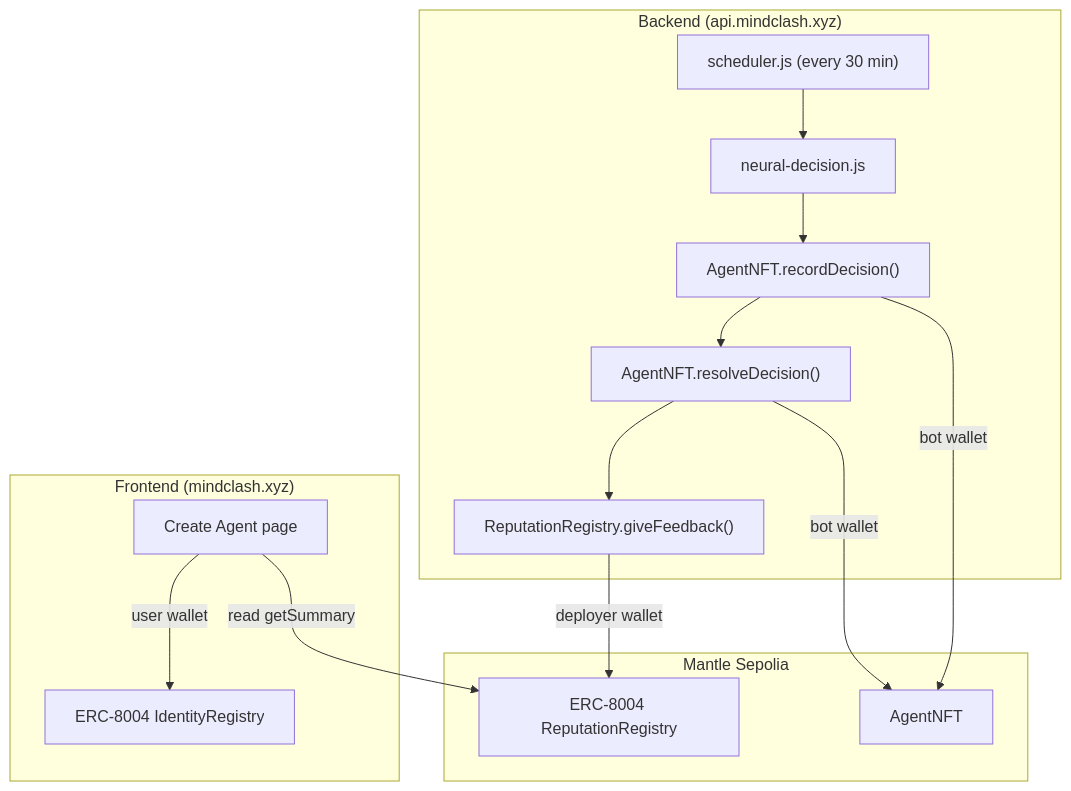
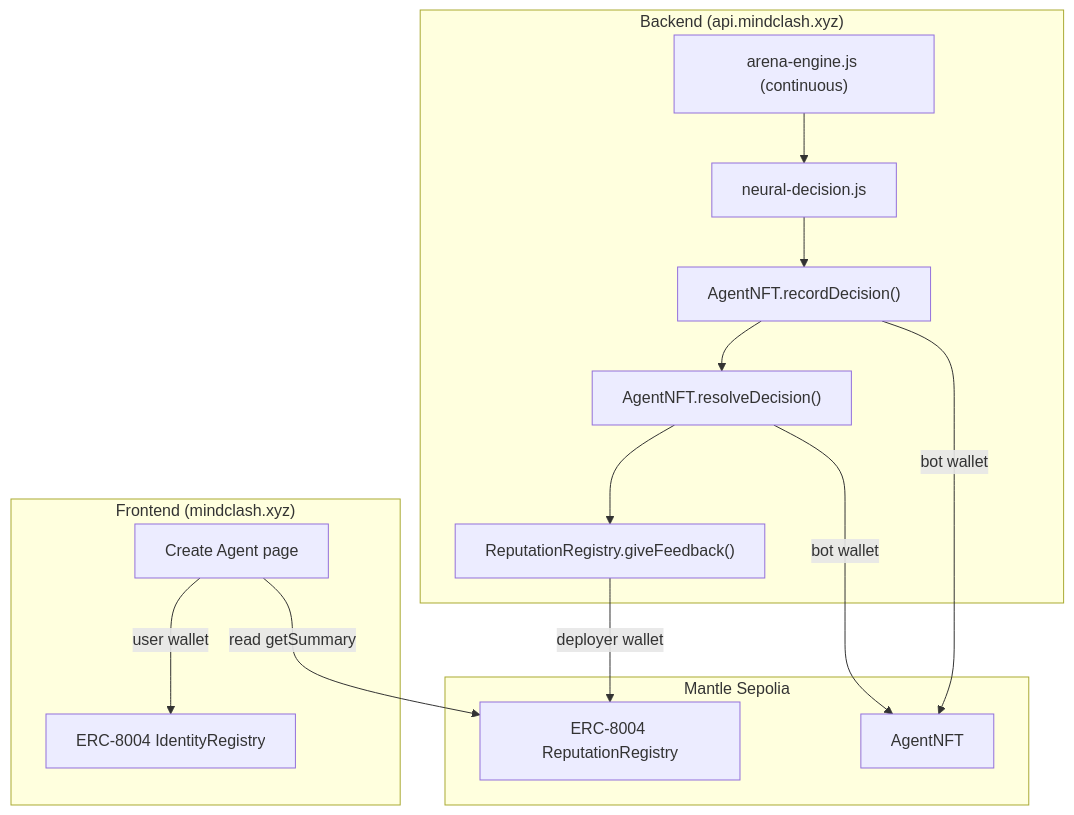
One commit to Columb85/mindclash changed the diagram in README.md. Above: the diagram before and after it, drawn with Mermaid. The commit also changed 5 other files, not shown here.

````diff
--- a/README.md
+++ b/README.md
@@ -77,20 +77,20 @@
 ```mermaid
 flowchart TD
     subgraph backend ["Backend (api.mindclash.xyz)"]
-        S["scheduler.js (every 30 min)"] --> ND[neural-decision.js]
+        AE["arena-engine.js (continuous)"] --> ND[neural-decision.js]
         ND --> REC["AgentNFT.recordDecision()"]
         REC --> RES["AgentNFT.resolveDecision()"]
         RES --> REP["ReputationRegistry.giveFeedback()"]
     end
 
     subgraph chain ["Mantle Sepolia"]
         REC -->|"bot wallet"| NFT["AgentNFT"]
         RES -->|"bot wallet"| NFT
         REP -->|"deployer wallet"| REPR["ERC-8004 ReputationRegistry"]
     end
 
     subgraph front ["Frontend (mindclash.xyz)"]
         CA["Create Agent page"] -->|"user wallet"| IR["ERC-8004 IdentityRegistry"]
         CA -->|"read getSummary"| REPR
     end
 ```
````
